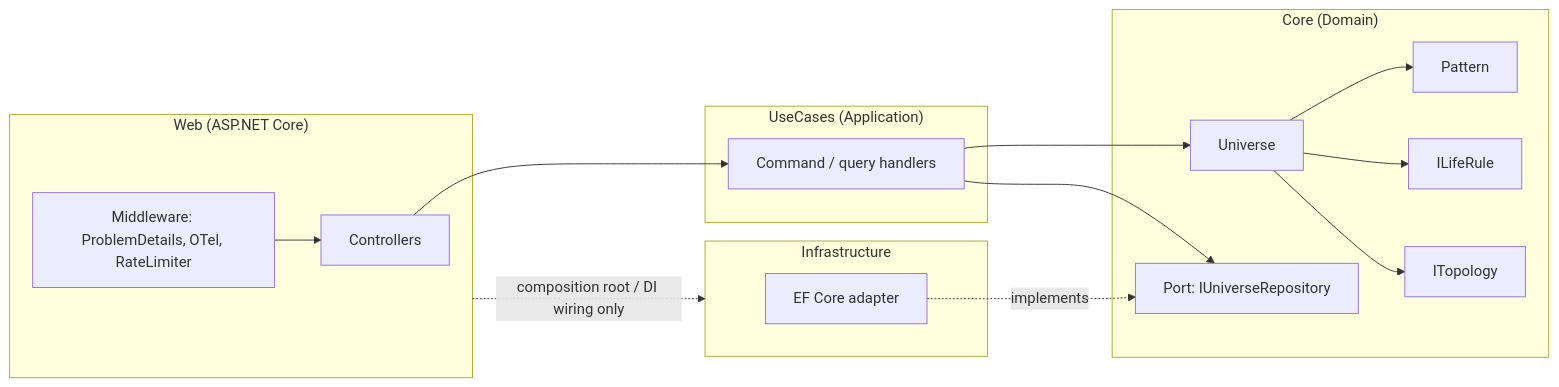
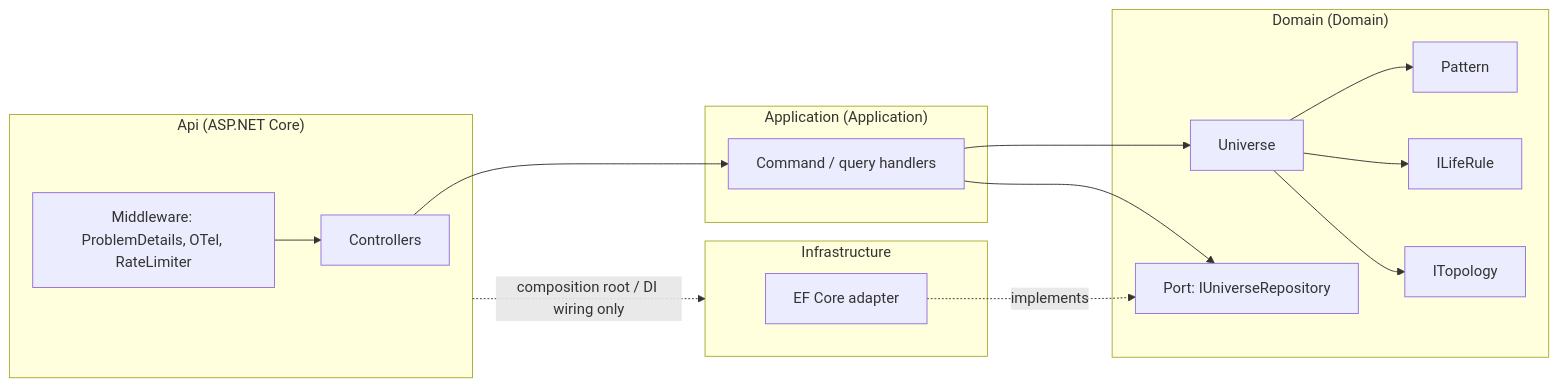
Before and after one commit to nksimmons/conways-game-of-life-api: the fifth of 8 diagrams in docs/design.md, drawn with Mermaid. The commit also changed other lines of this file and 93 other files, not shown here.

````diff
--- a/docs/design.md
+++ b/docs/design.md
@@ -477,29 +477,29 @@
 ```mermaid
 flowchart LR
-    subgraph Web["Web (ASP.NET Core)"]
+    subgraph Api["Api (ASP.NET Core)"]
         EP[Controllers]
         MW["Middleware: ProblemDetails, OTel, RateLimiter"]
     end
-    subgraph UC["UseCases (Application)"]
+    subgraph UC["Application (Application)"]
         H["Command / query handlers"]
     end
-    subgraph Core["Core (Domain)"]
+    subgraph Domain["Domain (Domain)"]
         AGG[Universe]
         GRID[Pattern]
         RULE[ILifeRule]
         TOPO[ITopology]
         PORTS["Port: IUniverseRepository"]
     end
     subgraph Infra["Infrastructure"]
         EFC[EF Core adapter]
     end
     EP --> H
     MW --> EP
     H --> AGG
     H --> PORTS
     AGG --> GRID
     AGG --> RULE
     AGG --> TOPO
     EFC -. implements .-> PORTS
-    Web -. "composition root / DI wiring only" .-> Infra
+    Api -. "composition root / DI wiring only" .-> Infra
 ```
````
